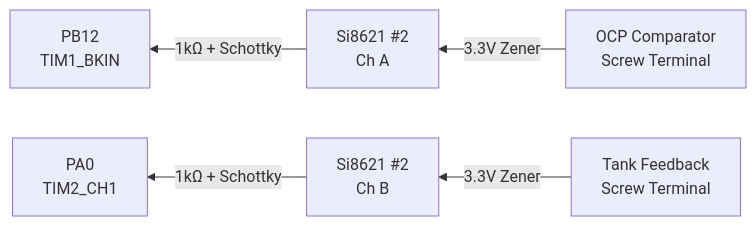
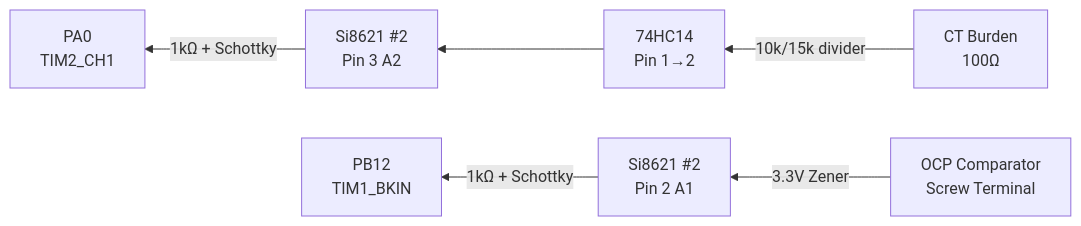
One commit to metanurb21/Nucleo-induction-heater changed the second of 6 diagrams in docs/SHIELD_LAYOUT.md. Above: the diagram before and after it, drawn with Mermaid. The commit also changed other lines of this file and 1 other file, not shown here.

Commit message:
Add 74HC14 frequency feedback conditioning to BOM and signal path diagrams

````diff
--- a/docs/SHIELD_LAYOUT.md
+++ b/docs/SHIELD_LAYOUT.md
@@ -19,7 +19,8 @@
 ```mermaid
 graph RL
-    OCP["OCP Comparator<br/>Screw Terminal"] -->|"3.3V Zener"| ISO2A["Si8621 #2<br/>Ch A"]
-    FREQ["Tank Feedback<br/>Screw Terminal"] -->|"3.3V Zener"| ISO2B["Si8621 #2<br/>Ch B"]
-    ISO2A -->|"1kΩ + Schottky"| PB12["PB12<br/>TIM1_BKIN"]
-    ISO2B -->|"1kΩ + Schottky"| PA0["PA0<br/>TIM2_CH1"]
+    OCP["OCP Comparator<br/>Screw Terminal"] -->|"3.3V Zener"| ISO2A["Si8621 #2<br/>Pin 7 B1"]
+    CT["CT Burden<br/>100Ω"] -->|"10k/15k divider"| HC14["74HC14<br/>Pin 1→2"]
+    HC14 --> ISO2B["Si8621 #2<br/>Pin 6 B2"]
+    ISO2A["Si8621 #2<br/>Pin 2 A1"] -->|"1kΩ + Schottky"| PB12["PB12<br/>TIM1_BKIN"]
+    ISO2B["Si8621 #2<br/>Pin 3 A2"] -->|"1kΩ + Schottky"| PA0["PA0<br/>TIM2_CH1"]
 ```
````
